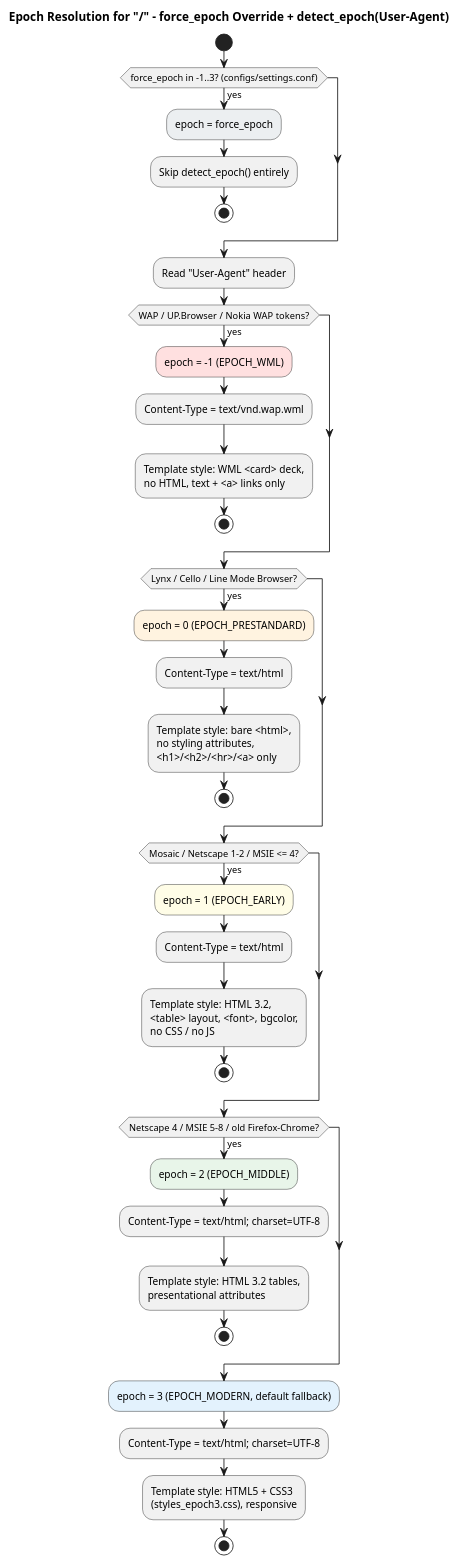
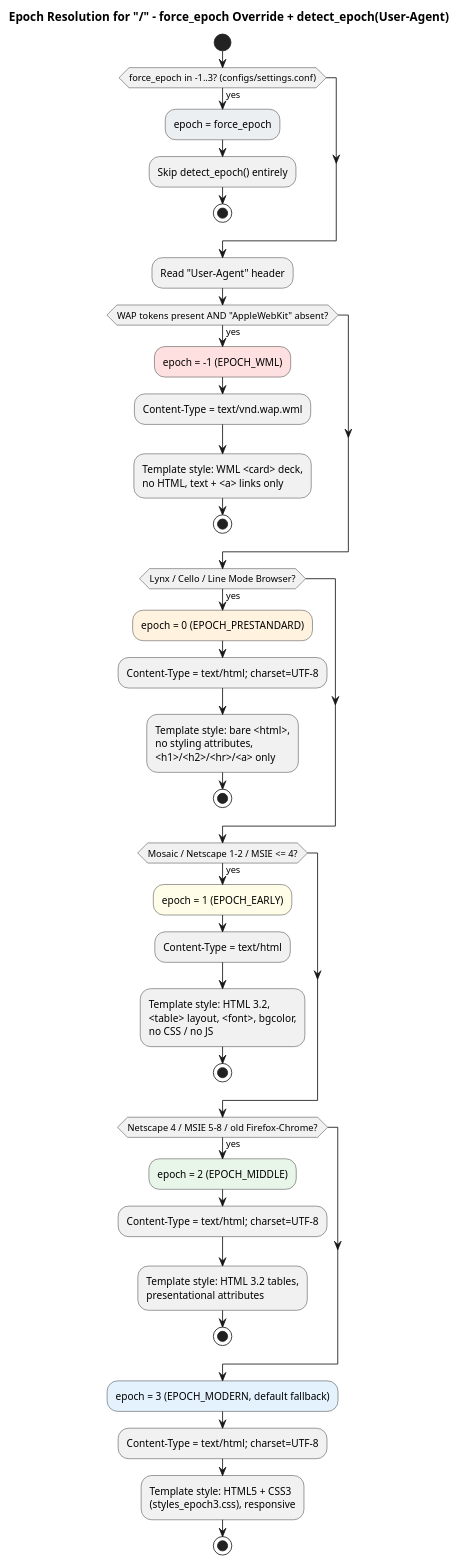
The first of 5 diagrams in develop_docs/boat-rudder.md (jpablotoledom/boat-rudder), drawn with PlantUML before and after one commit. The commit also changed other lines of this file and 147 other files, not shown here.

````diff
--- a/develop_docs/boat-rudder.md
+++ b/develop_docs/boat-rudder.md
@@ -102,48 +102,48 @@
 ```plantuml
 @startuml epoch-decision
 title Epoch Resolution for "/" - force_epoch Override + detect_epoch(User-Agent)
 
 start
 
 if (force_epoch in -1..3? (configs/settings.conf)) then (yes)
   #ECEFF1:epoch = force_epoch;
   :Skip detect_epoch() entirely;
   stop
 endif
 
 :Read "User-Agent" header;
 
-if (WAP / UP.Browser / Nokia WAP tokens?) then (yes)
+if (WAP tokens present AND "AppleWebKit" absent?) then (yes)
   #FFE0E0:epoch = -1 (EPOCH_WML);
   :Content-Type = text/vnd.wap.wml;
   :Template style: WML <card> deck,\nno HTML, text + <a> links only;
   stop
 endif
 
 if (Lynx / Cello / Line Mode Browser?) then (yes)
   #FFF3E0:epoch = 0 (EPOCH_PRESTANDARD);
-  :Content-Type = text/html;
+  :Content-Type = text/html; charset=UTF-8;
   :Template style: bare <html>,\nno styling attributes,\n<h1>/<h2>/<hr>/<a> only;
   stop
 endif
 
 if (Mosaic / Netscape 1-2 / MSIE <= 4?) then (yes)
   #FFFDE7:epoch = 1 (EPOCH_EARLY);
   :Content-Type = text/html;
   :Template style: HTML 3.2,\n<table> layout, <font>, bgcolor,\nno CSS / no JS;
   stop
 endif
 
 if (Netscape 4 / MSIE 5-8 / old Firefox-Chrome?) then (yes)
   #E8F5E9:epoch = 2 (EPOCH_MIDDLE);
   :Content-Type = text/html; charset=UTF-8;
   :Template style: HTML 3.2 tables,\npresentational attributes;
   stop
 endif
 
 #E3F2FD:epoch = 3 (EPOCH_MODERN, default fallback);
 :Content-Type = text/html; charset=UTF-8;
 :Template style: HTML5 + CSS3\n(styles_epoch3.css), responsive;
 stop
 @enduml
 ```
````
